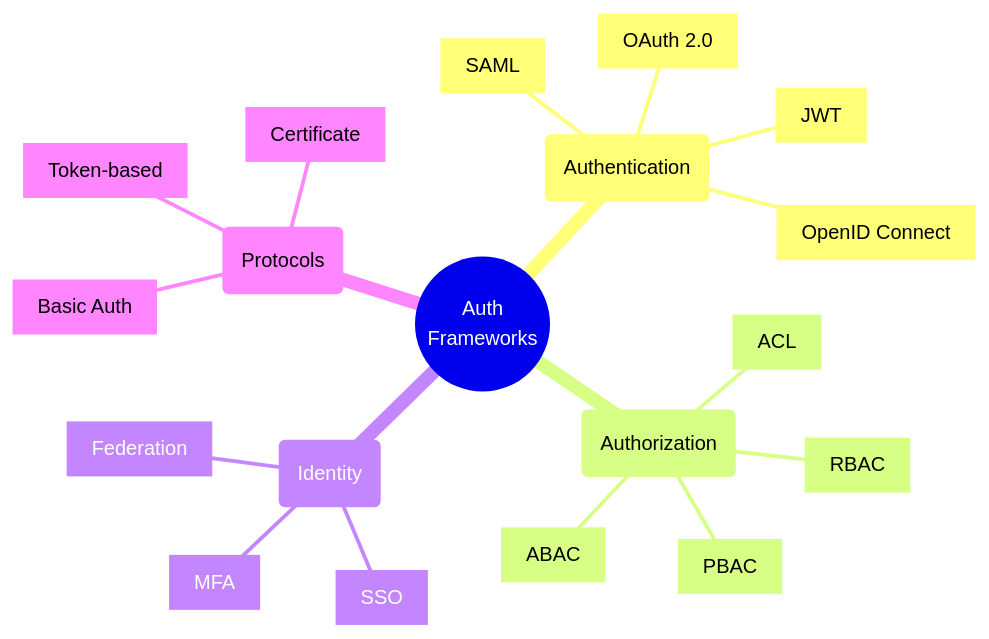
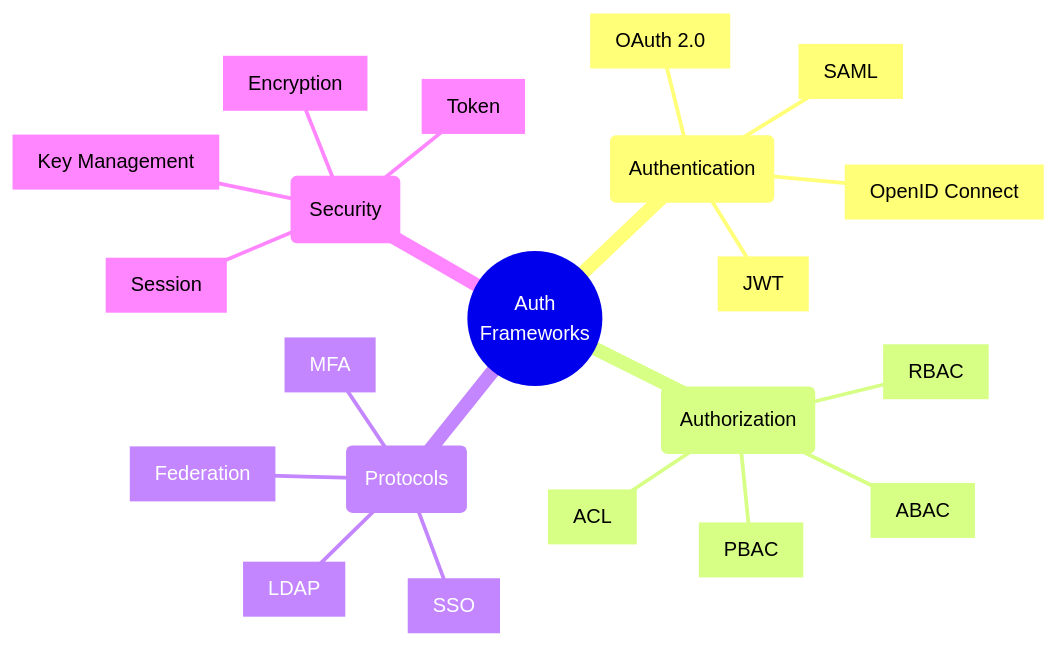
Before and after one commit to saravanakumarrc/Architecture_Journey: the first of 4 diagrams in src/Authentication_and_Authorization_Frameworks.md, drawn with Mermaid. The commit also changed other lines of this file and 7 other files, not shown here.

First line of the commit message:
Refactor Trade-off Analysis documentation and enhance architecture governance models

````diff
--- a/src/Authentication_and_Authorization_Frameworks.md
+++ b/src/Authentication_and_Authorization_Frameworks.md
@@ -3,23 +3,25 @@
 ```mermaid
 mindmap
     root((Auth
         Frameworks))
         (Authentication)
             [OAuth 2.0]
             [OpenID Connect]
             [SAML]
             [JWT]
         (Authorization)
             [RBAC]
             [ABAC]
             [PBAC]
             [ACL]
-        (Identity)
+        (Protocols)
             [SSO]
             [MFA]
             [Federation]
-        (Protocols)
-            [Basic Auth]
-            [Token-based]
-            [Certificate]
+            [LDAP]
+        (Security)
+            [Encryption]
+            [Key Management]
+            [Session]
+            [Token]
 ```
````
